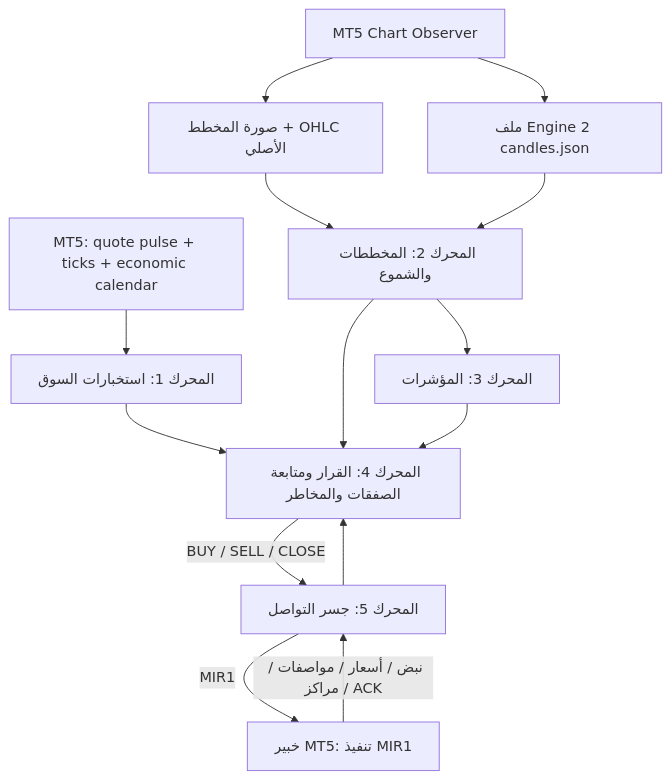
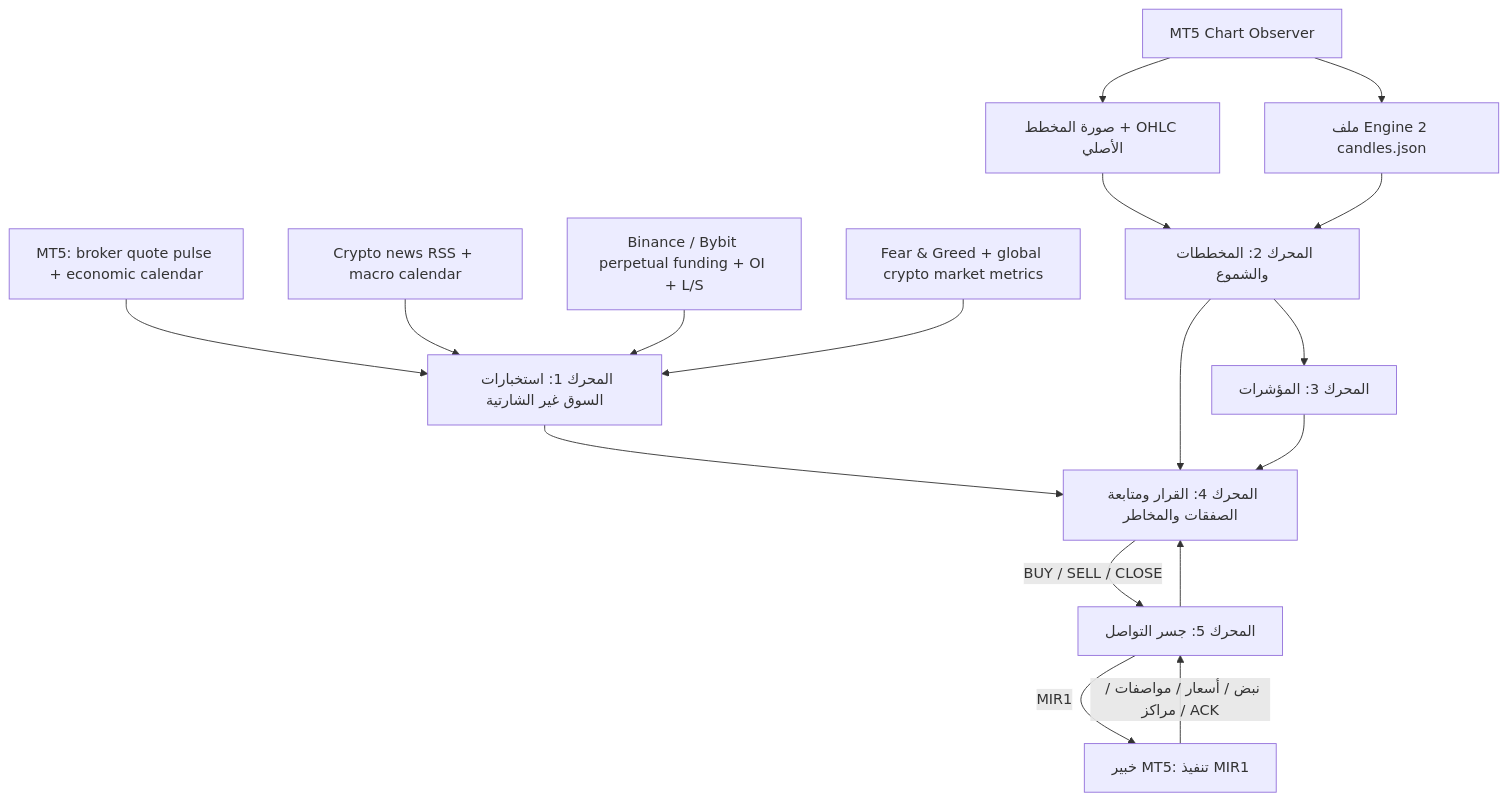
One commit to staryuzar/- changed the diagram in Mirsad_BTC/ARCHITECTURE_AR.md. Above: the diagram before and after it, drawn with Mermaid. The commit also changed other lines of this file and 12 other files, not shown here.

````diff
--- a/Mirsad_BTC/ARCHITECTURE_AR.md
+++ b/Mirsad_BTC/ARCHITECTURE_AR.md
@@ -7,26 +7,32 @@
 ```mermaid
 flowchart TB
-  MT5["MT5: quote pulse + ticks + economic calendar"]
-  M1["المحرك 1: استخبارات السوق"]
+  MT5["MT5: broker quote pulse + economic calendar"]
+  RSS["Crypto news RSS + macro calendar"]
+  DERIV["Binance / Bybit perpetual funding + OI + L/S"]
+  SENT["Fear & Greed + global crypto market metrics"]
+  M1["المحرك 1: استخبارات السوق غير الشارتية"]
   OBS["MT5 Chart Observer"]
   IMG["صورة المخطط + OHLC الأصلي"]
   CANDLES["ملف Engine 2 candles.json"]
   M2["المحرك 2: المخططات والشموع"]
   M3["المحرك 3: المؤشرات"]
   D["المحرك 4: القرار ومتابعة الصفقات والمخاطر"]
   B["المحرك 5: جسر التواصل"]
   EA["خبير MT5: تنفيذ MIR1"]
   MT5 --> M1
+  RSS --> M1
+  DERIV --> M1
+  SENT --> M1
   OBS --> IMG
   OBS --> CANDLES
   IMG --> M2
   CANDLES --> M2
   M2 --> M3
   M1 --> D
   M2 --> D
   M3 --> D
   D -->|BUY / SELL / CLOSE| B
   B -->|MIR1| EA
   EA -->|نبض / أسعار / مواصفات / مراكز / ACK| B
   B --> D
 ```
````
